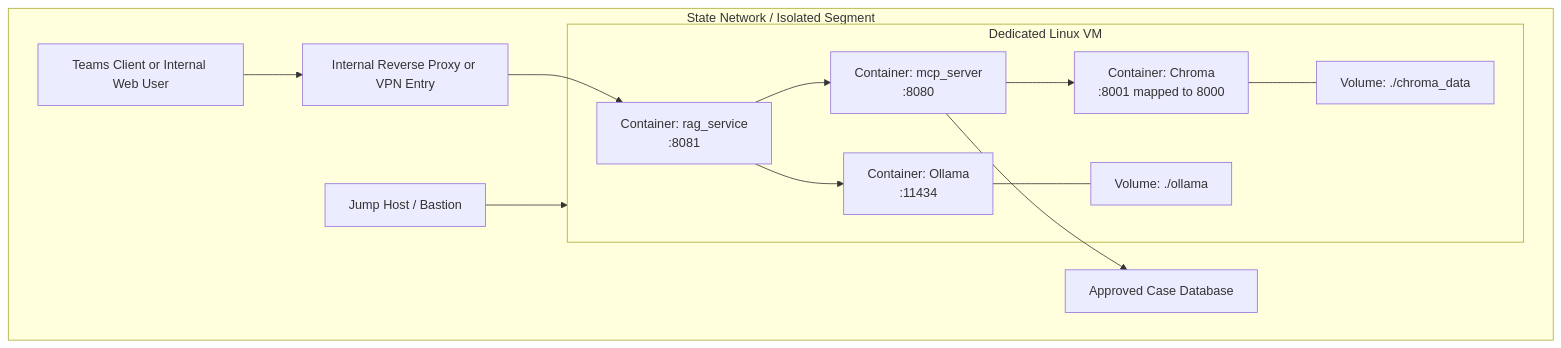
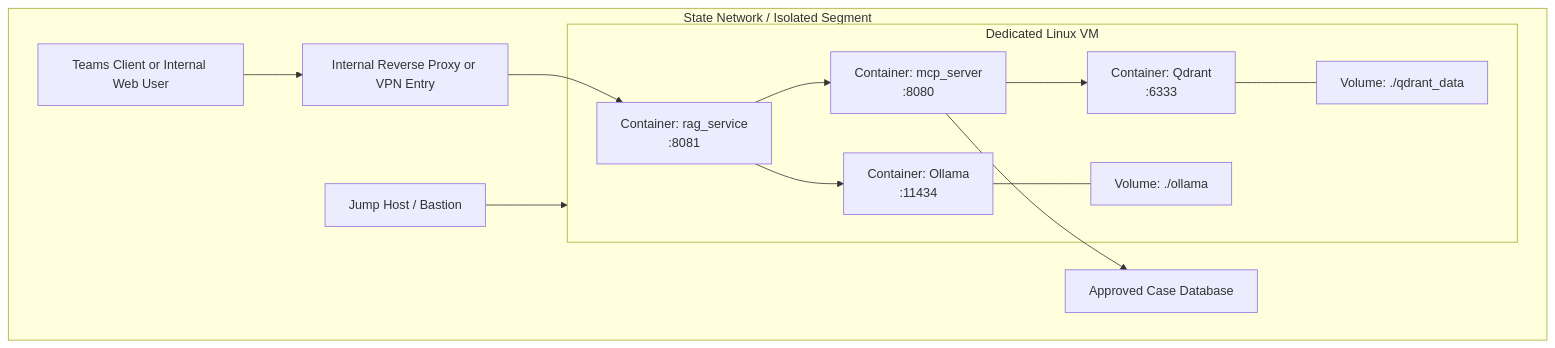
One commit to nprasann/state-policy-rag-starter changed the second of 8 diagrams in docs/ARCHITECTURE.md. Above: the diagram before and after it, drawn with Mermaid. The commit also changed other lines of this file and 20 other files, not shown here.

````diff
--- a/docs/ARCHITECTURE.md
+++ b/docs/ARCHITECTURE.md
@@ -33,29 +33,29 @@
 ```mermaid
 flowchart TB
     subgraph Agency["State Network / Isolated Segment"]
         UserZone["Teams Client or Internal Web User"]
         Proxy["Internal Reverse Proxy or VPN Entry"]
 
         subgraph VM["Dedicated Linux VM"]
             RAG["Container: rag_service<br/>:8081"]
             MCP["Container: mcp_server<br/>:8080"]
-            CH["Container: Chroma<br/>:8001 mapped to 8000"]
+            CH["Container: Qdrant<br/>:6333"]
             OLL["Container: Ollama<br/>:11434"]
-            VOL1["Volume: ./chroma_data"]
+            VOL1["Volume: ./qdrant_data"]
             VOL2["Volume: ./ollama"]
         end
 
         DB["Approved Case Database"]
         Admin["Jump Host / Bastion"]
     end
 
     UserZone --> Proxy
     Proxy --> RAG
     RAG --> MCP
     RAG --> OLL
     MCP --> CH
     MCP --> DB
     CH --- VOL1
     OLL --- VOL2
     Admin --> VM
 ```
````
